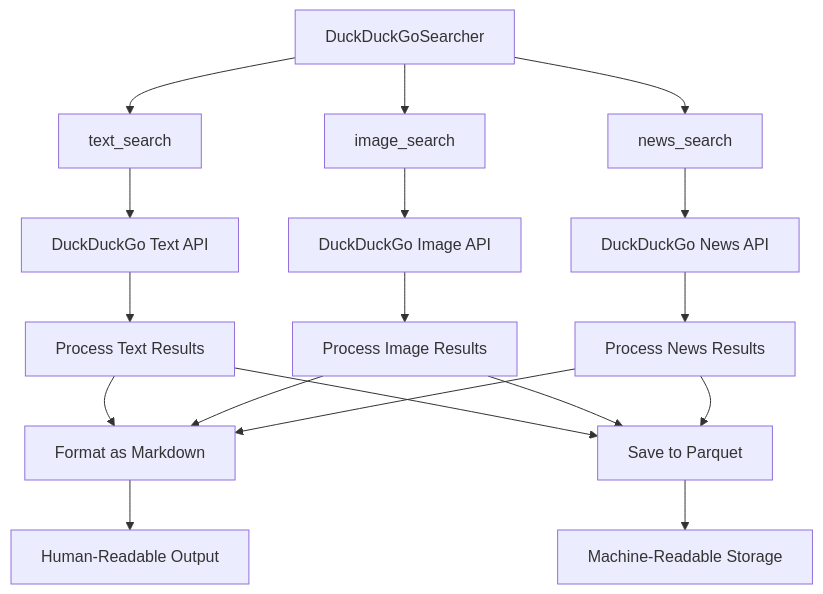
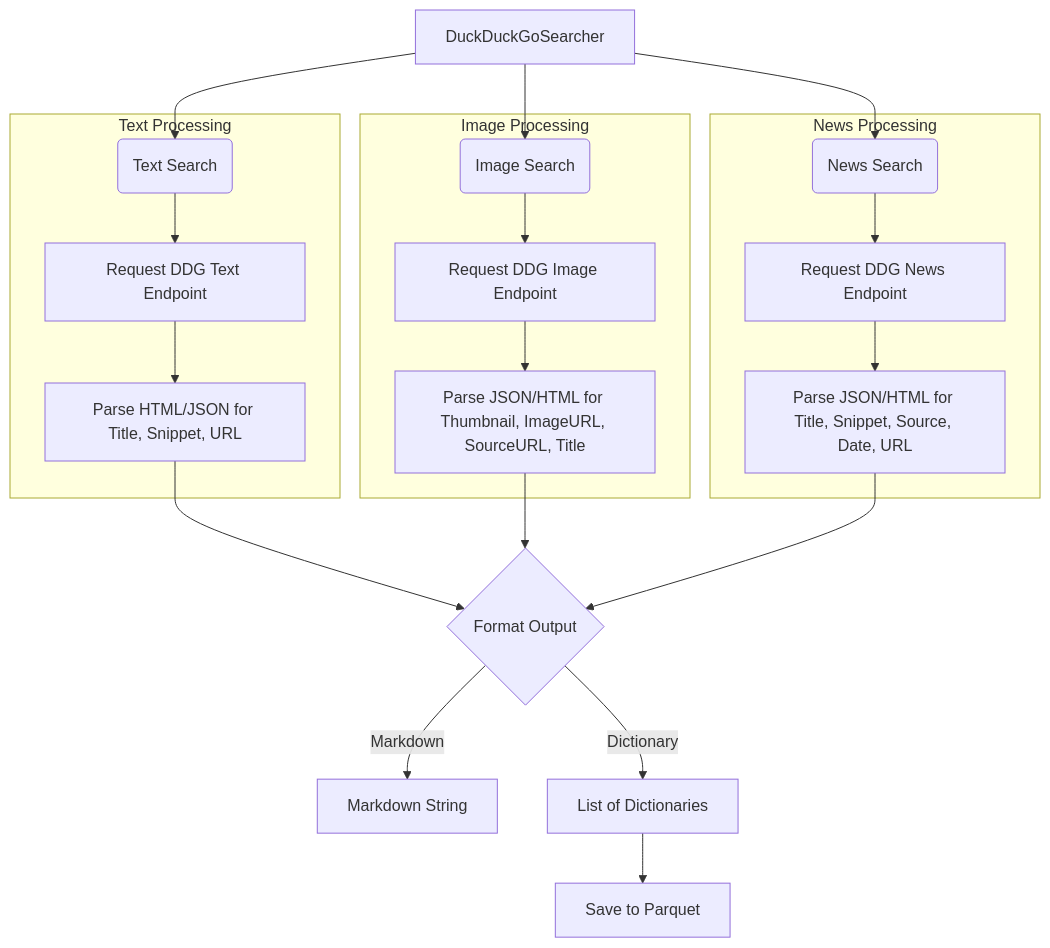
One commit to Ollama-Agent-Roll-Cage/oarc-crawlers changed diagram 15 of 25 in docs/Crawlers.md. Above: the diagram before and after it, drawn with Mermaid. The commit also changed other lines of this file and 9 other files, not shown here.

````diff
--- a/docs/Crawlers.md
+++ b/docs/Crawlers.md
@@ -482,25 +517,28 @@
 ```mermaid
-flowchart TB
-    A[DuckDuckGoSearcher] --> B[text_search]
-    A --> C[image_search]
-    A --> D[news_search]
-    
-    B --> E[DuckDuckGo Text API]
-    C --> F[DuckDuckGo Image API]
-    D --> G[DuckDuckGo News API]
-    
-    E --> H[Process Text Results]
-    F --> I[Process Image Results]
-    G --> J[Process News Results]
-    
-    H --> K[Format as Markdown]
-    I --> K
+graph TB
+    A[DuckDuckGoSearcher] --> B(Text Search)
+    A --> C(Image Search)
+    A --> D(News Search)
+
+    subgraph Text Processing
+        B --> E[Request DDG Text Endpoint]
+        E --> F[Parse HTML/JSON for Title, Snippet, URL]
+    end
+    subgraph Image Processing
+        C --> G[Request DDG Image Endpoint]
+        G --> H[Parse JSON/HTML for Thumbnail, ImageURL, SourceURL, Title]
+    end
+    subgraph News Processing
+        D --> I[Request DDG News Endpoint]
+        I --> J[Parse JSON/HTML for Title, Snippet, Source, Date, URL]
+    end
+
+    F --> K{Format Output}
+    H --> K
     J --> K
-    
-    H --> L[Save to Parquet]
-    I --> L
-    J --> L
-    
-    K --> M[Human-Readable Output]
-    L --> N[Machine-Readable Storage]
+
+    K -- Markdown --> L[Markdown String]
+    K -- Dictionary --> M[List of Dictionaries]
+
+    M --> N[Save to Parquet]
 ```
````
